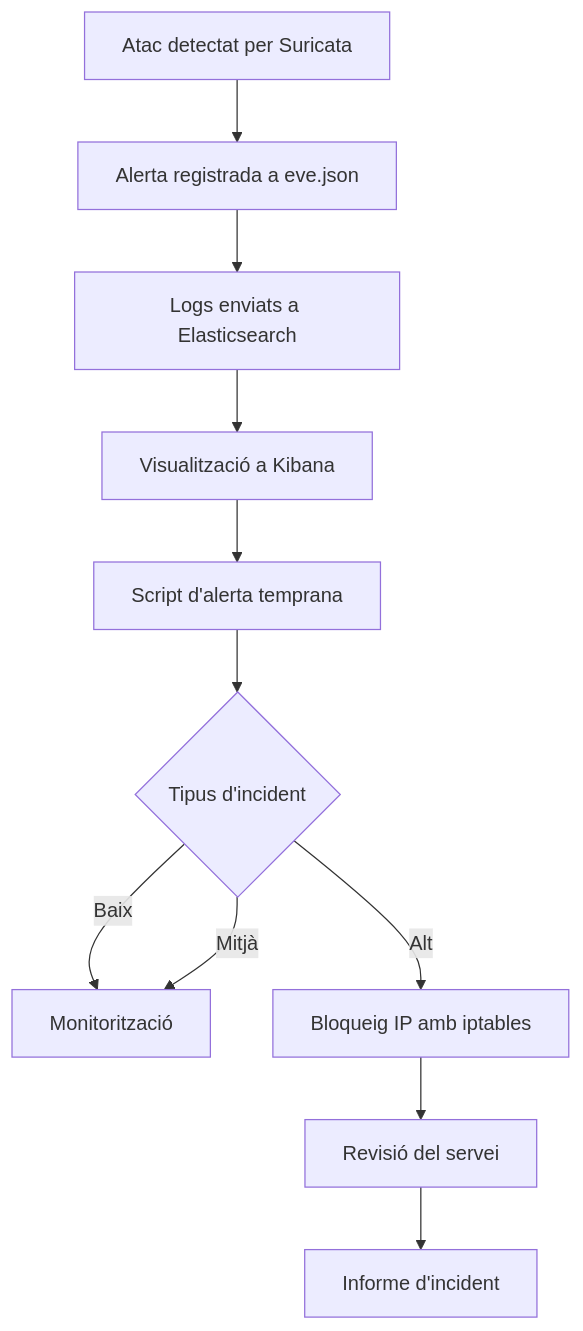
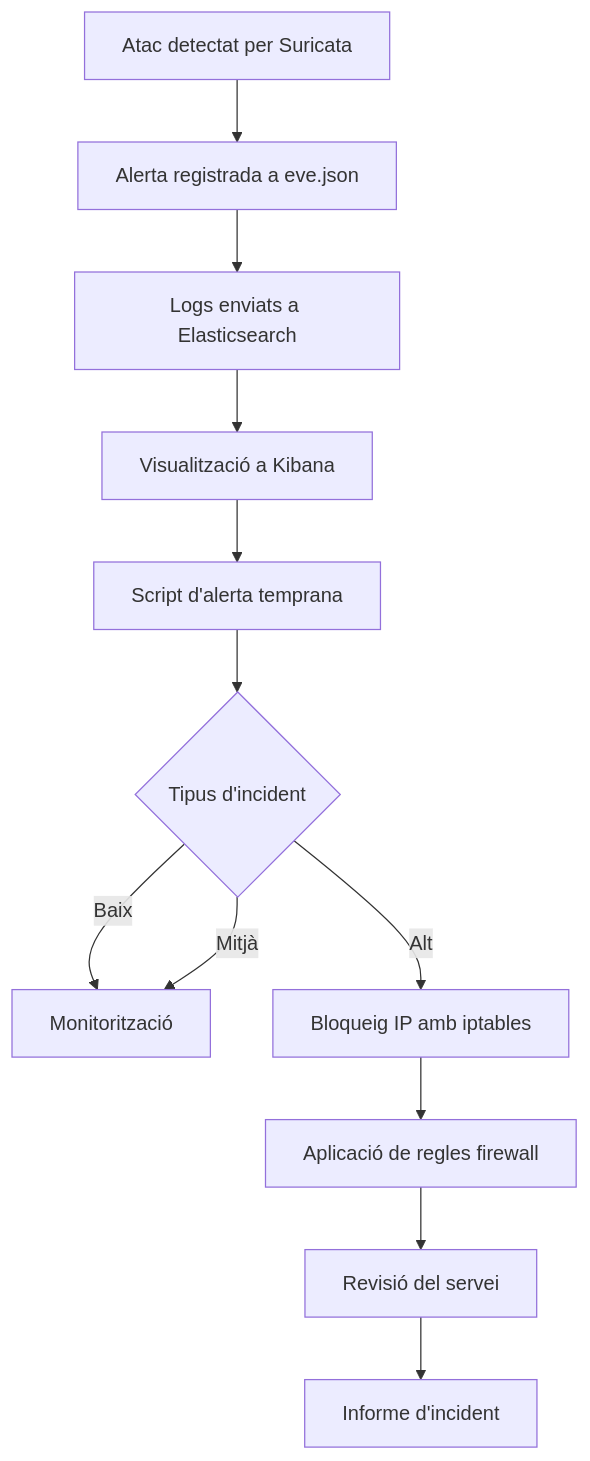
One commit to jangarcia93/Projecte-IDS-IPS-i-Automatitzacio-amb-Ansible changed the diagram in docs/pladerespostaaincidents_IDS_IPS.md. Above: the diagram before and after it, drawn with Mermaid. The commit also changed other lines of this file, not shown here.

````diff
--- a/docs/pladerespostaaincidents_IDS_IPS.md
+++ b/docs/pladerespostaaincidents_IDS_IPS.md
@@ -52,25 +55,27 @@
 ```mermaid
 flowchart TD
 
 A[Atac detectat per Suricata]
 B[Alerta registrada a eve.json]
 C[Logs enviats a Elasticsearch]
 D[Visualització a Kibana]
 E[Script d'alerta temprana]
 F{Tipus d'incident}
 G[Monitorització]
 H[Bloqueig IP amb iptables]
-I[Revisió del servei]
-J[Informe d'incident]
+I[Aplicació de regles firewall]
+J[Revisió del servei]
+K[Informe d'incident]
 
 A --> B
 B --> C
 C --> D
 D --> E
 E --> F
 F -->|Baix| G
 F -->|Mitjà| G
 F -->|Alt| H
 H --> I
 I --> J
+J --> K
 ```
````
